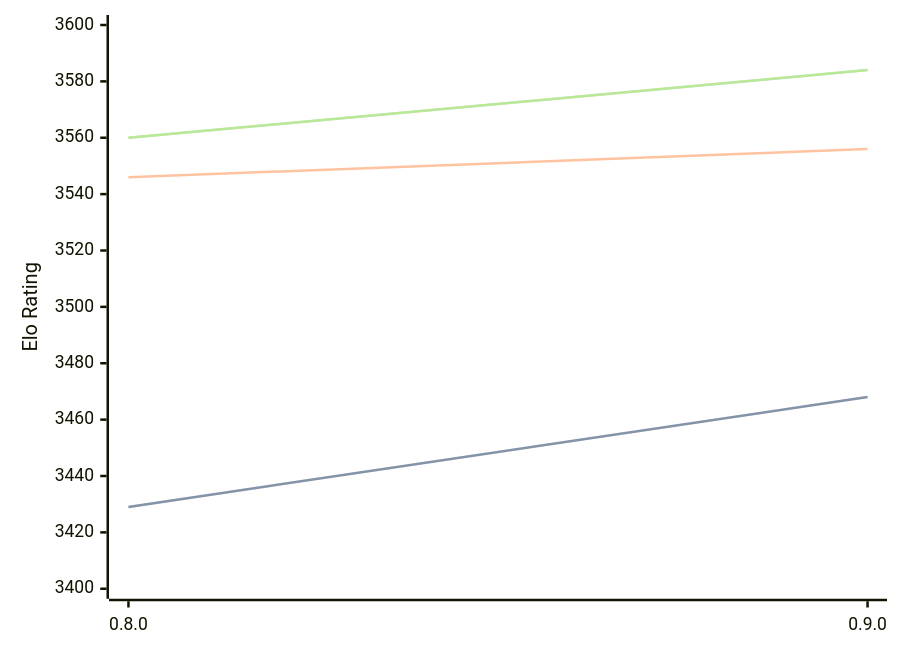
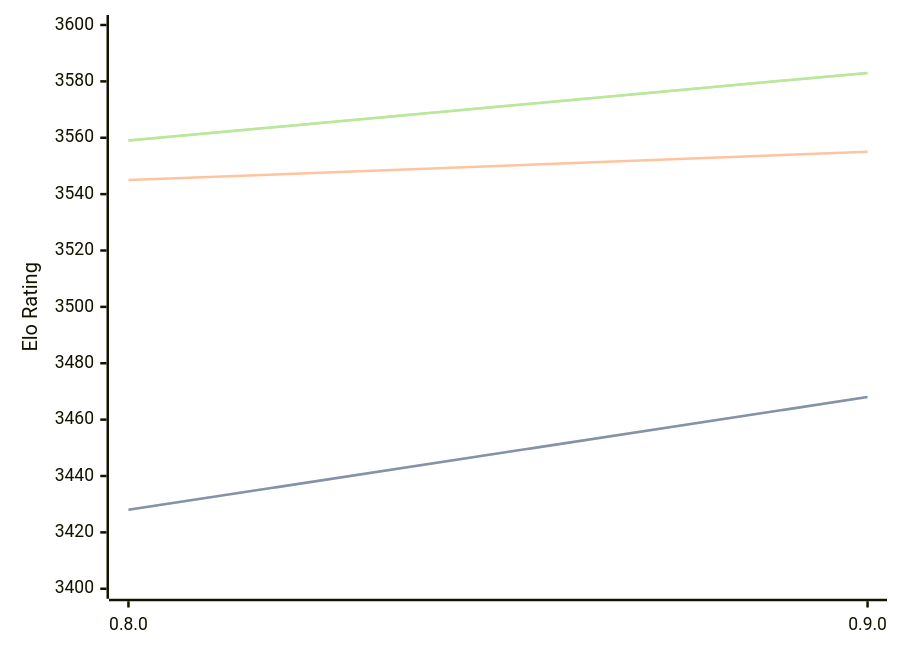
One commit to computer-chess-index/cci changed the diagram in engines/Reckless.md. Above: the diagram before and after it, drawn with Mermaid. The commit also changed other lines of this file, not shown here.

Commit message:
Update CCI Ratings (ELO VLTC) - 2026-06-07

````diff
--- a/engines/Reckless.md
+++ b/engines/Reckless.md
@@ -39,11 +39,11 @@
 ```mermaid
 %%{init: {"theme":"base","themeVariables":{"seriesColors:['#a3a3a3','#222221','#faa371']}}}%%
 xychart-beta
   x-axis ["0.8.0", "0.9.0"]
   y-axis "Elo Rating" 3400 --> 3600
-  line "STC (8.0+0.08s)" [3429, 3468]
-  line "STC (8.0+0.08s)" [3429, 3468]
-  line "LTC (60.0+0.60s)" [3546, 3556]
-  line "VLTC (2m24s+1.12s)" [3560, 3584]
-  line "VLTC (2m24s+1.12s)" [3560, 3584]
+  line "STC (8.0+0.08s)" [3428, 3468]
+  line "STC (8.0+0.08s)" [3428, 3468]
+  line "LTC (60.0+0.60s)" [3545, 3555]
+  line "VLTC (2m24s+1.12s)" [3559, 3583]
+  line "VLTC (2m24s+1.12s)" [3559, 3583]
 ```
````
